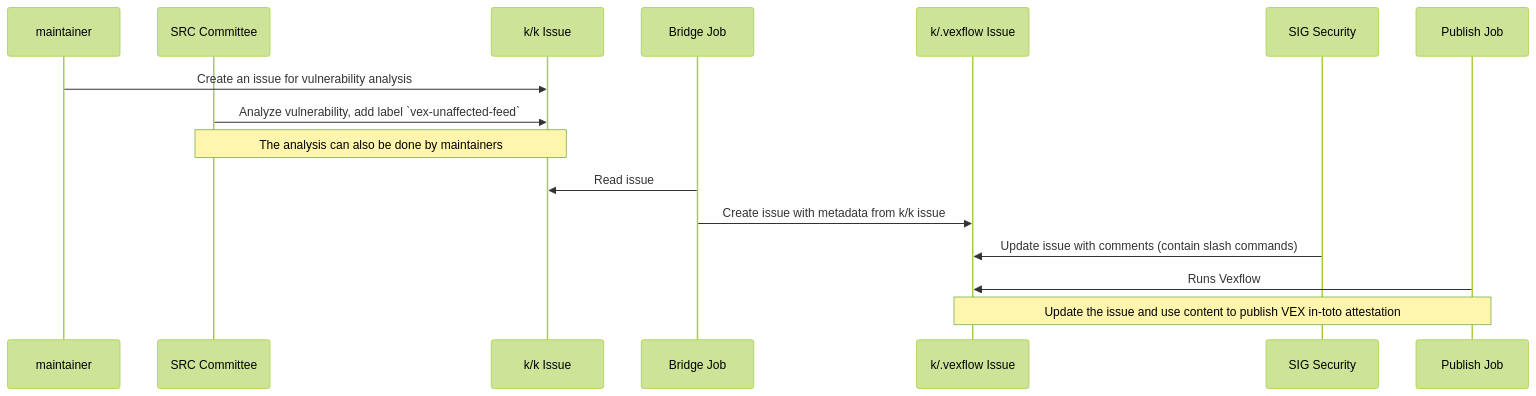
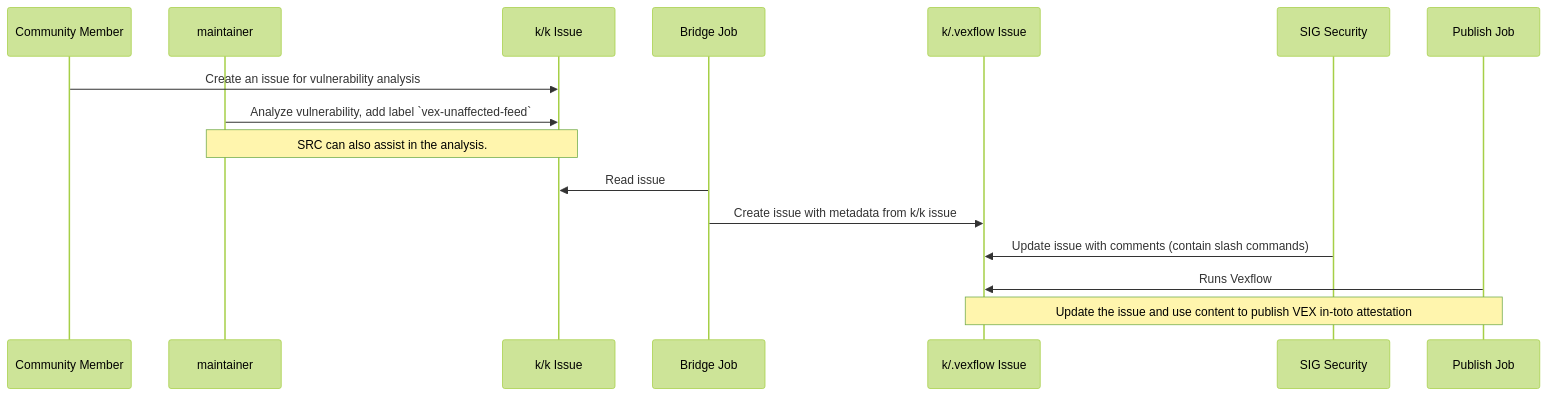
One commit to kubernetes/enhancements changed the first of 2 diagrams in keps/sig-security/generating-vex-feed/README.md. Above: the diagram before and after it, drawn with Mermaid (forest theme). The commit also changed other lines of this file and 1 other file, not shown here.

````diff
--- a/keps/sig-security/generating-vex-feed/README.md
+++ b/keps/sig-security/generating-vex-feed/README.md
@@ -255,20 +255,20 @@
 ```mermaid
 sequenceDiagram
+  participant member as Community Member
   participant maintainer
-  participant src as SRC Committee
   participant kkiss as k/k Issue
   participant bridge as Bridge Job
 
   participant viss as k/.vexflow Issue
   participant sig as SIG Security
   participant publish as Publish Job
 
-  maintainer ->> kkiss: Create an issue for vulnerability analysis
-  src ->> kkiss: Analyze vulnerability, add label `vex-unaffected-feed`
-  Note over src,kkiss: The analysis can also be done by maintainers
+  member ->> kkiss: Create an issue for vulnerability analysis
+  maintainer ->> kkiss: Analyze vulnerability, add label `vex-unaffected-feed`
+  Note over maintainer,kkiss: SRC can also assist in the analysis.
   bridge ->> kkiss: Read issue
   bridge ->> viss: Create issue with metadata from k/k issue
   sig ->> viss: Update issue with comments (contain slash commands)
   publish ->> viss: Runs Vexflow
   Note over publish,viss: Update the issue and use content to publish VEX in-toto attestation
 ```
````
